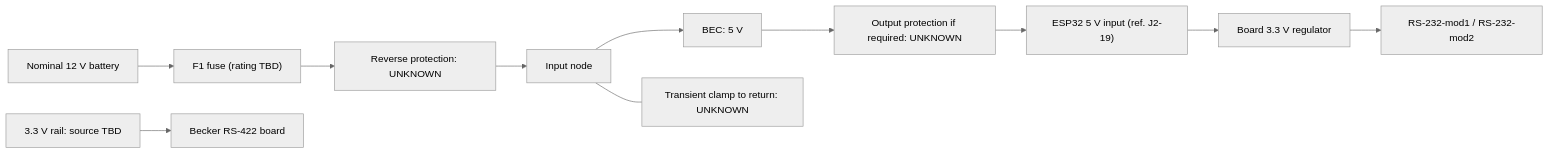
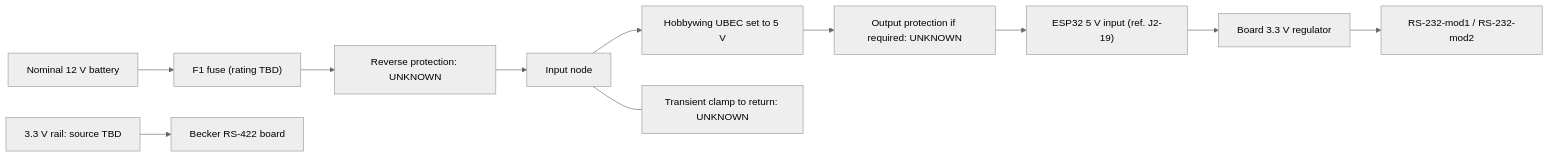
One commit to MomoRC-tech/Becker-AR6201-to-OpenSoar changed the second of 2 diagrams in docs/connections.md. Above: the diagram before and after it, drawn with Mermaid (neutral theme). The commit also changed other lines of this file and 6 other files, not shown here.

Commit message:
Record Hobbywing UBEC selection for bench bridge

````diff
--- a/docs/connections.md
+++ b/docs/connections.md
@@ -125,11 +125,11 @@
 ```mermaid
 flowchart LR
     S["Nominal 12 V battery"] --> F1["F1 fuse (rating TBD)"]
     F1 --> P["Reverse protection: UNKNOWN"]
-    P --> I[Input node] --> B["BEC: 5 V"]
+    P --> I[Input node] --> B["Hobbywing UBEC set to 5 V"]
     I --- T["Transient clamp to return: UNKNOWN"]
     B --> V["Output protection if required: UNKNOWN"] --> E["ESP32 5 V input (ref. J2-19)"]
     E --> R[Board 3.3 V regulator]
     R --> C["RS-232-mod1 / RS-232-mod2"]
     TBD["3.3 V rail: source TBD"] --> Q["Becker RS-422 board"]
 ```
````
